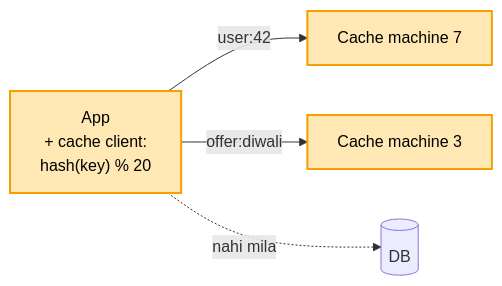
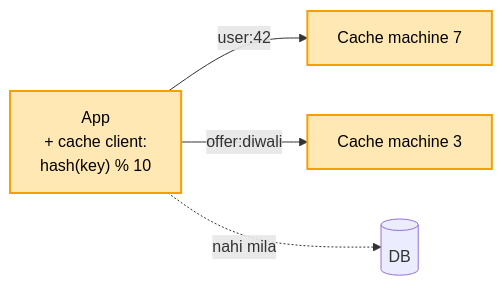
Before and after one commit to ArpanMaheshwari144/Prep: the third of 8 diagrams in 04_HLD/SYSTEM_DESIGNS/10_distributed_cache/10_distributed_cache.md, drawn with Mermaid. The commit also changed other lines of this file and 2 other files, not shown here.

Commit message:
HLD: main file = hand notes (cache 10 se 11 machine, notification SMS had 100/s, rate limiter kadam 1-4 Ravi ke OTP pe)

````diff
--- a/04_HLD/SYSTEM_DESIGNS/10_distributed_cache/10_distributed_cache.md
+++ b/04_HLD/SYSTEM_DESIGNS/10_distributed_cache/10_distributed_cache.md
@@ -171,9 +171,9 @@
 ```mermaid
 flowchart LR
-    A["App<br/>+ cache client:<br/>hash(key) % 20"] -->|"user:42"| M7["Cache machine 7"]
+    A["App<br/>+ cache client:<br/>hash(key) % 10"] -->|"user:42"| M7["Cache machine 7"]
     A -->|"offer:diwali"| M3["Cache machine 3"]
     A -.->|"nahi mila"| D[("DB")]
     style A fill:#ffe8b3,stroke:#f59f00,stroke-width:2px,color:#000
     style M7 fill:#ffe8b3,stroke:#f59f00,stroke-width:2px,color:#000
     style M3 fill:#ffe8b3,stroke:#f59f00,stroke-width:2px,color:#000
 ```
````
